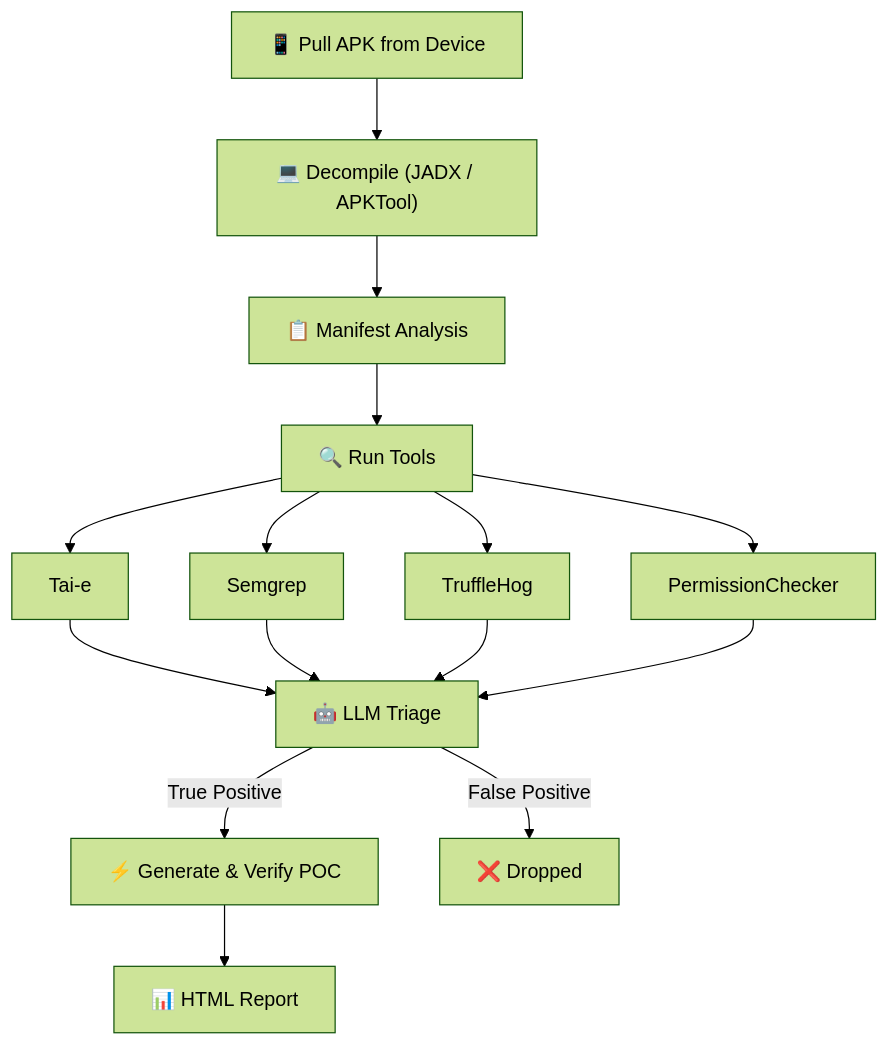
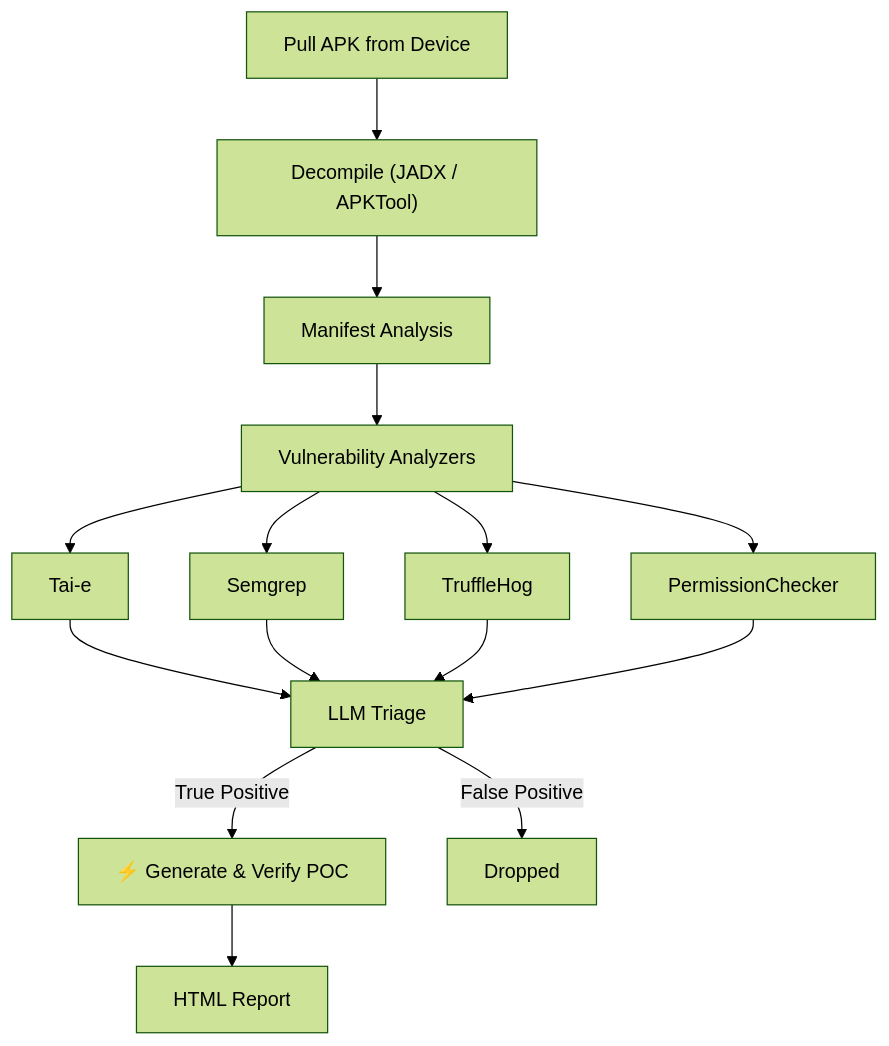
The diagram in README.md (PhonePe/thorfinn), drawn with Mermaid (forest theme) before and after one commit. The commit also changed other lines of this file and 6 other files, not shown here.

````diff
--- a/README.md
+++ b/README.md
@@ -180,15 +187,15 @@
 ```mermaid
 flowchart TD
-    A["📱 Pull APK from Device"] --> B["💻 Decompile (JADX / APKTool)"]
-    B --> C["📋 Manifest Analysis"]
-    C --> D["🔍 Run Tools"]
-
+    A["Pull APK from Device"] --> B["Decompile (JADX / APKTool)"]
+    B --> C["Manifest Analysis"]
+    C --> D["Vulnerability Analyzers"]
+    
     D --> E1["Tai-e"] & E2["Semgrep"] & E3["TruffleHog"] & E4["PermissionChecker"]
-
-    E1 & E2 & E3 & E4 --> F["🤖 LLM Triage"]
-
+    
+    E1 & E2 & E3 & E4 --> F["LLM Triage"]
+    
     F -->|True Positive| G["⚡ Generate & Verify POC"]
-    F -->|False Positive| X["❌ Dropped"]
-
-    G --> H["📊 HTML Report"]
+    F -->|False Positive| X["Dropped"]
+    
+    G --> H["HTML Report"]
 ```
````
